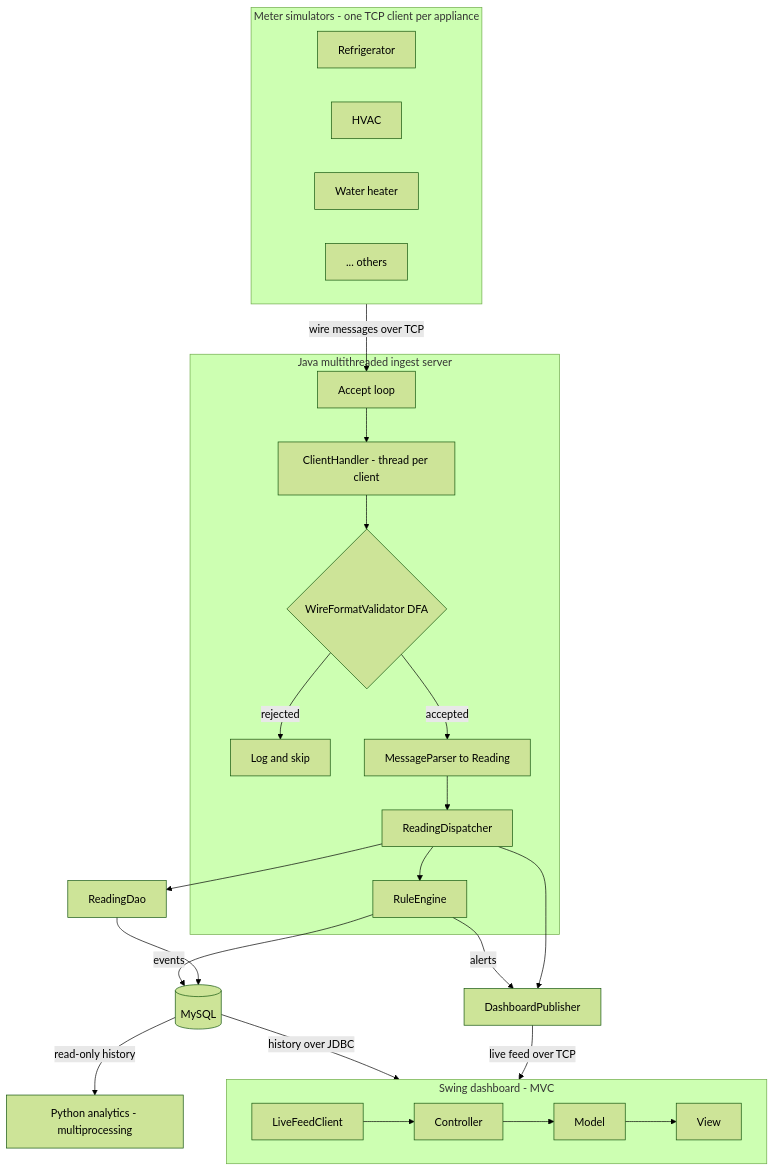
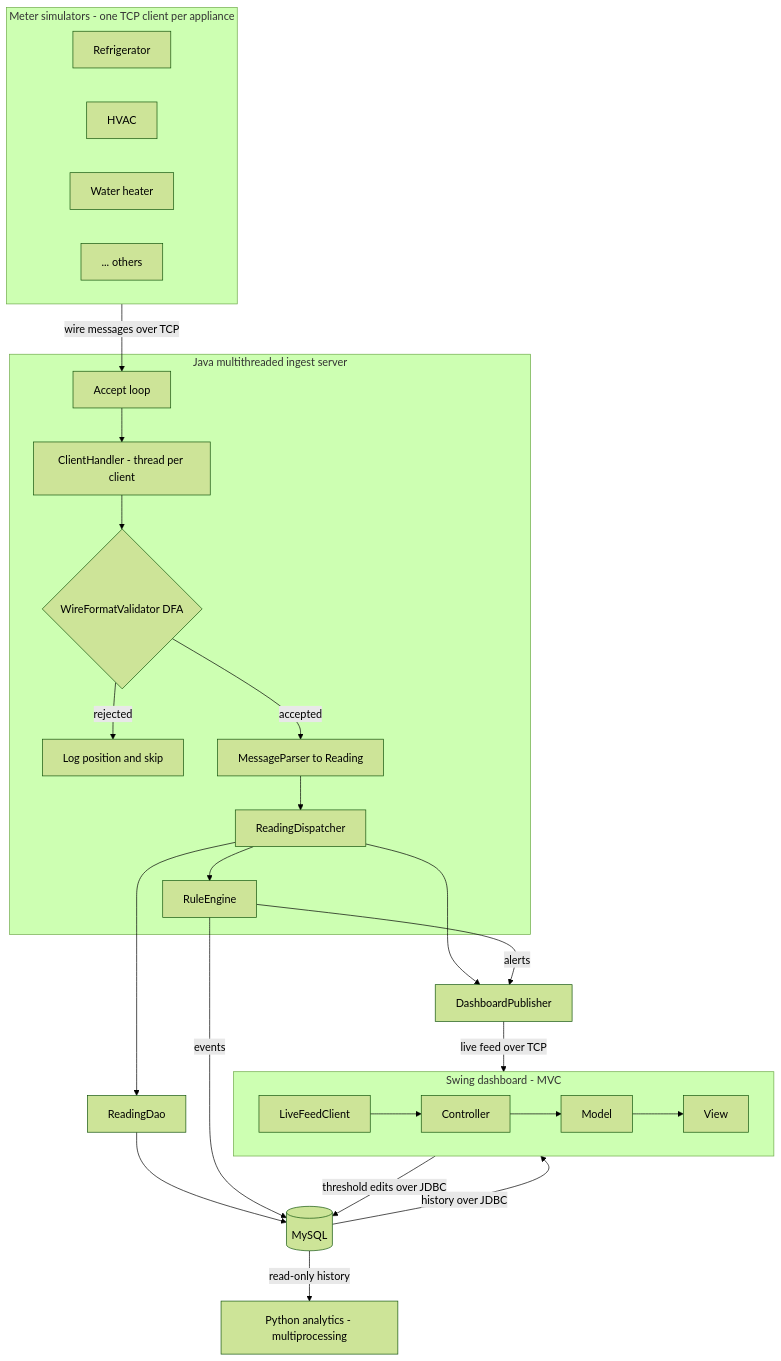
The first of 2 diagrams in README.md (anmol-goyal7/smart-home-energy-monitor), drawn with Mermaid (forest theme) before and after one commit. The commit also changed other lines of this file, not shown here.

````diff
--- a/README.md
+++ b/README.md
@@ -84,37 +98,38 @@
 ```mermaid
 flowchart TD
     subgraph METERS["Meter simulators - one TCP client per appliance"]
         M1[Refrigerator]
         M2[HVAC]
         M3[Water heater]
         Mn[... others]
     end
 
     METERS -->|wire messages over TCP| ACCEPT
 
     subgraph SERVER["Java multithreaded ingest server"]
         ACCEPT[Accept loop] --> HANDLER[ClientHandler - thread per client]
         HANDLER --> VALIDATE{WireFormatValidator DFA}
-        VALIDATE -->|rejected| SKIP[Log and skip]
+        VALIDATE -->|rejected| SKIP[Log position and skip]
         VALIDATE -->|accepted| PARSE[MessageParser to Reading]
         PARSE --> DISPATCH[ReadingDispatcher]
         DISPATCH --> RULES[RuleEngine]
     end
 
     DISPATCH --> READDAO[ReadingDao]
     READDAO --> DB[(MySQL)]
     RULES -->|events| DB
     DISPATCH --> PUBLISH[DashboardPublisher]
     RULES -->|alerts| PUBLISH
 
     PUBLISH -->|live feed over TCP| DASHBOARD
     DB -->|history over JDBC| DASHBOARD
 
     subgraph DASHBOARD["Swing dashboard - MVC"]
         FEED[LiveFeedClient] --> CONTROLLER[Controller]
         CONTROLLER --> MODEL[Model]
         MODEL --> VIEWNODE[View]
     end
 
+    DASHBOARD -->|threshold edits over JDBC| DB
     DB -->|read-only history| PYTHON[Python analytics - multiprocessing]
 ```
````
